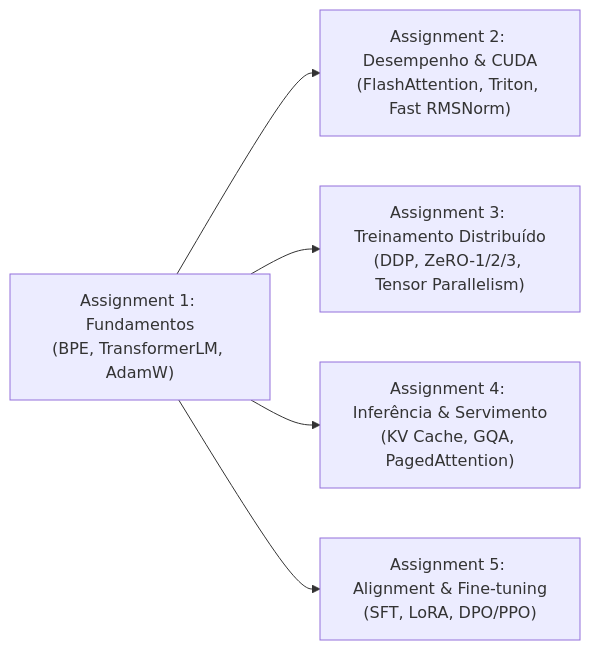
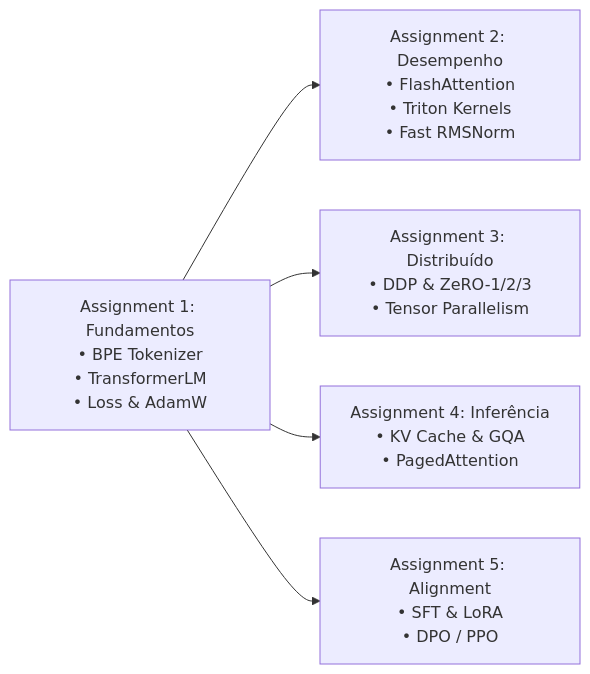
One commit to philipesantos136/stanford-cs336-LLM-from-scratch changed the third of 3 diagrams in docs/assignment-1-guide.md. Above: the diagram before and after it, drawn with Mermaid.

Commit message:
style: format Mermaid diagram nodes with bullet points and line breaks to prevent SVG text truncation

````diff
--- a/docs/assignment-1-guide.md
+++ b/docs/assignment-1-guide.md
@@ -330,7 +330,7 @@
 ```mermaid
 graph LR
-    A["Assignment 1: Fundamentos<br/>(BPE, TransformerLM, AdamW)"] --> B["Assignment 2: Desempenho & CUDA<br/>(FlashAttention, Triton, Fast RMSNorm)"]
-    A --> C["Assignment 3: Treinamento Distribuído<br/>(DDP, ZeRO-1/2/3, Tensor Parallelism)"]
-    A --> D["Assignment 4: Inferência & Servimento<br/>(KV Cache, GQA, PagedAttention)"]
-    A --> E["Assignment 5: Alignment & Fine-tuning<br/>(SFT, LoRA, DPO/PPO)"]
+    A["Assignment 1: Fundamentos<br/>• BPE Tokenizer<br/>• TransformerLM<br/>• Loss & AdamW"] --> B["Assignment 2: Desempenho<br/>• FlashAttention<br/>• Triton Kernels<br/>• Fast RMSNorm"]
+    A --> C["Assignment 3: Distribuído<br/>• DDP & ZeRO-1/2/3<br/>• Tensor Parallelism"]
+    A --> D["Assignment 4: Inferência<br/>• KV Cache & GQA<br/>• PagedAttention"]
+    A --> E["Assignment 5: Alignment<br/>• SFT & LoRA<br/>• DPO / PPO"]
 ```
````
